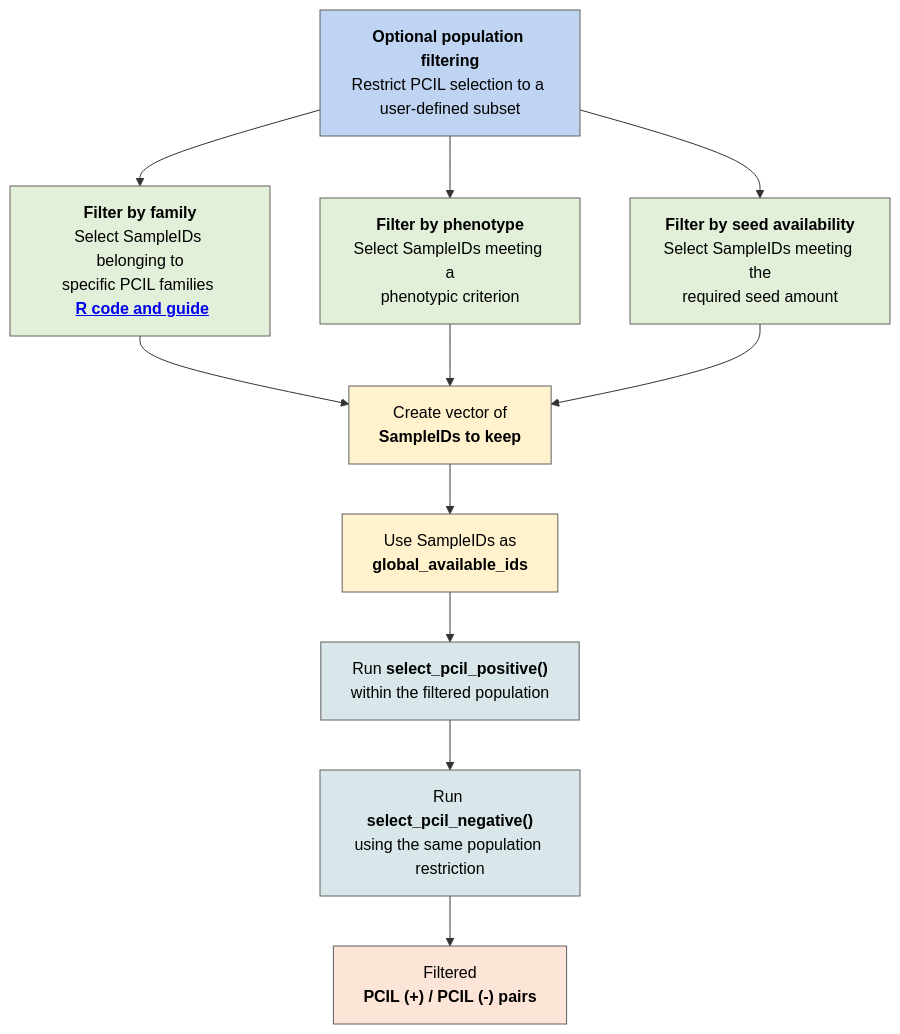
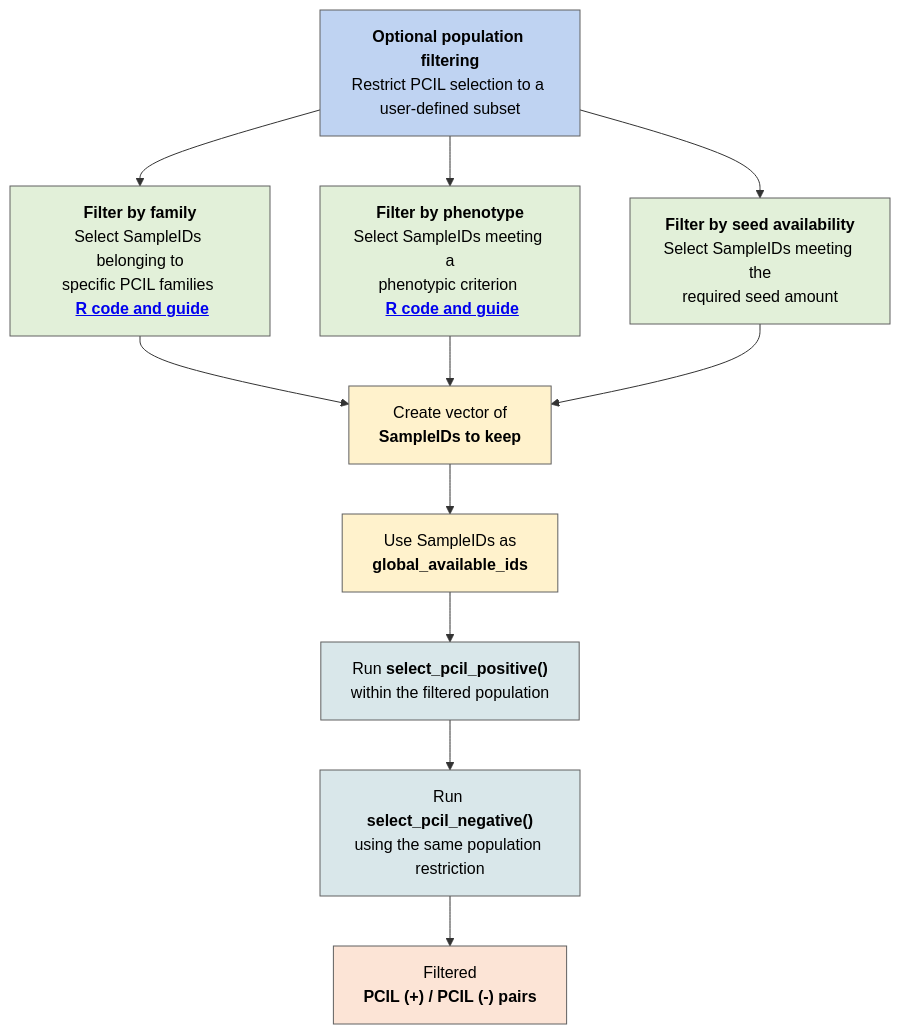
Before and after one commit to claracruet/PCIL_selection_pipeline: the second of 2 diagrams in README.md, drawn with Mermaid.

````diff
--- a/README.md
+++ b/README.md
@@ -143,40 +143,40 @@
 ```mermaid
 flowchart TD
 
 FILTER["<b>Optional population filtering</b><br/>Restrict PCIL selection to a user-defined subset"]
 
 FILTER --> FAMILY["<b>Filter by family</b><br/>Select SampleIDs belonging to<br/>specific PCIL families </br> <a href='https://github.com/claracruet/PCIL_selection_pipeline/blob/main/Family_filter_example.md'><b>R code and guide</b></a>"]
 
-FILTER --> PHENO["<b>Filter by phenotype</b><br/>Select SampleIDs meeting a<br/>phenotypic criterion"]
+FILTER --> PHENO["<b>Filter by phenotype</b><br/>Select SampleIDs meeting a<br/>phenotypic criterion </br> <a href='https://github.com/claracruet/PCIL_selection_pipeline/blob/main/Phenotype_filter_example.md'><b>R code and guide</b></a>"]
 
 FILTER --> SEED["<b>Filter by seed availability</b><br/>Select SampleIDs meeting the<br/>required seed amount"]
 
 FAMILY --> IDS["Create vector of<br/><b>SampleIDs to keep</b>"]
 PHENO --> IDS
 SEED --> IDS
 
 IDS --> GLOBAL["Use SampleIDs as<br/><b>global_available_ids</b>"]
 
 GLOBAL --> POS["Run <b>select_pcil_positive()</b><br/>within the filtered population"]
 
 POS --> NEG["Run <b>select_pcil_negative()</b><br/>using the same population restriction"]
 
 NEG --> PAIRS["Filtered<br/><b>PCIL (+) / PCIL (-) pairs</b>"]
 
 
 %% =========================================================
 %% STYLES
 %% =========================================================
 
 classDef start fill:#BFD3F2,stroke:#606060,stroke-width:1px,color:#000;
 classDef option fill:#E2F0D9,stroke:#606060,stroke-width:1px,color:#000;
 classDef input fill:#FFF2CC,stroke:#606060,stroke-width:1px,color:#000;
 classDef function fill:#D9E7EA,stroke:#606060,stroke-width:1px,color:#000;
 classDef output fill:#FCE4D6,stroke:#606060,stroke-width:1px,color:#000;
 
 class FILTER start;
 class FAMILY,PHENO,SEED option;
 class IDS,GLOBAL input;
 class POS,NEG function;
 class PAIRS output;
 ```
````
